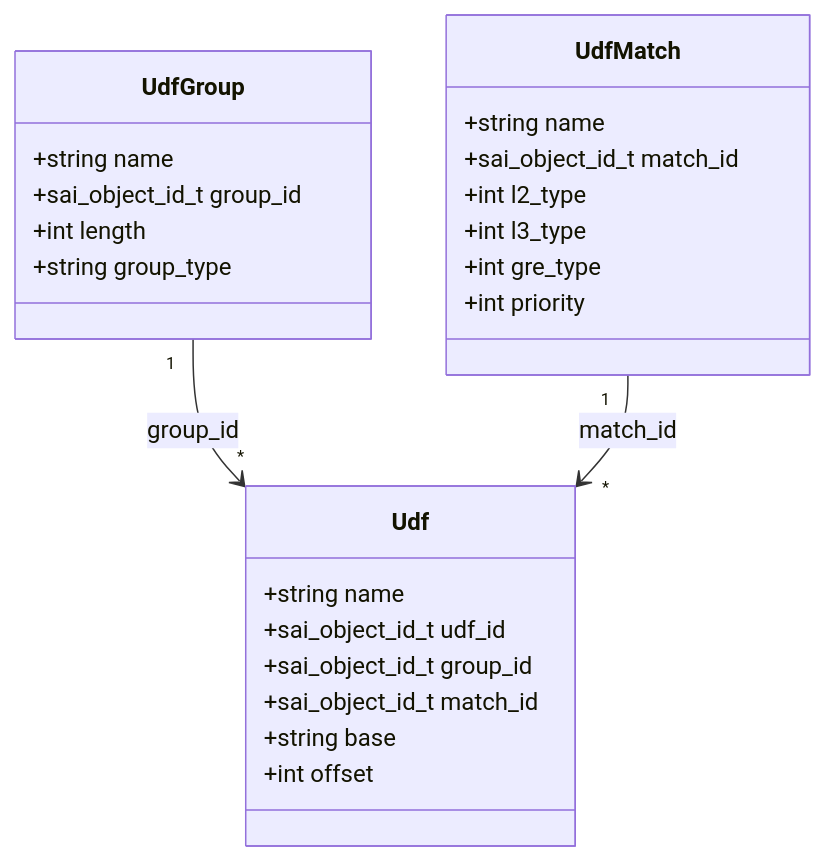
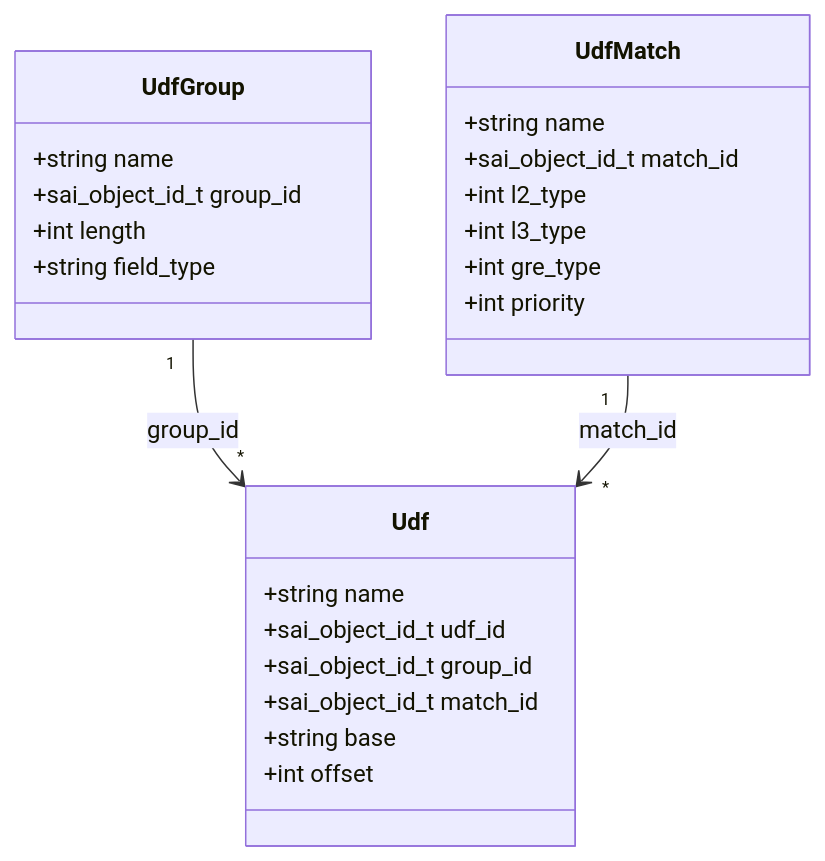
Before and after one commit to nexthop-ai/SONiC: the second of 3 diagrams in doc/udf/UDF_HLD.md, drawn with Mermaid. The commit also changed other lines of this file, not shown here.

````diff
--- a/doc/udf/UDF_HLD.md
+++ b/doc/udf/UDF_HLD.md
@@ -441,30 +133,30 @@
 ```mermaid
 classDiagram
     class UdfGroup {
         +string name
         +sai_object_id_t group_id
         +int length
-        +string group_type
+        +string field_type
     }
 
     class UdfMatch {
         +string name
         +sai_object_id_t match_id
         +int l2_type
         +int l3_type
         +int gre_type
         +int priority
     }
 
     class Udf {
         +string name
         +sai_object_id_t udf_id
         +sai_object_id_t group_id
         +sai_object_id_t match_id
         +string base
         +int offset
     }
 
     UdfGroup "1" --> "*" Udf : group_id
     UdfMatch "1" --> "*" Udf : match_id
 ```
````
